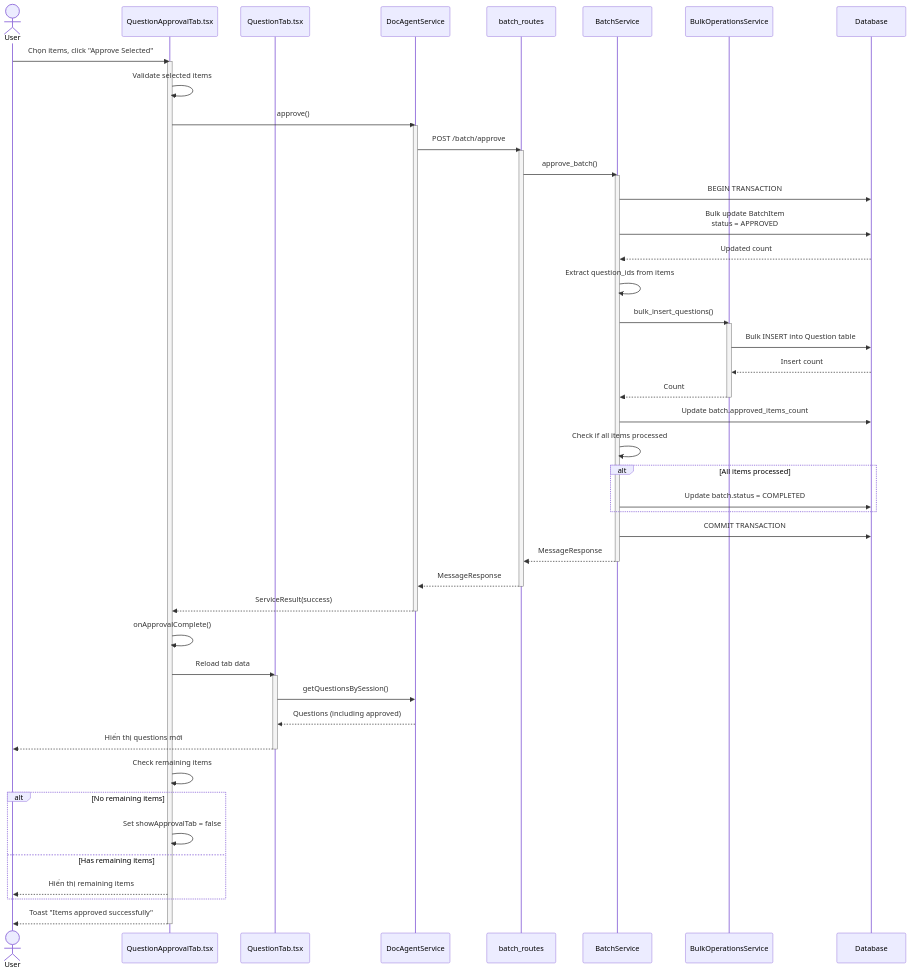
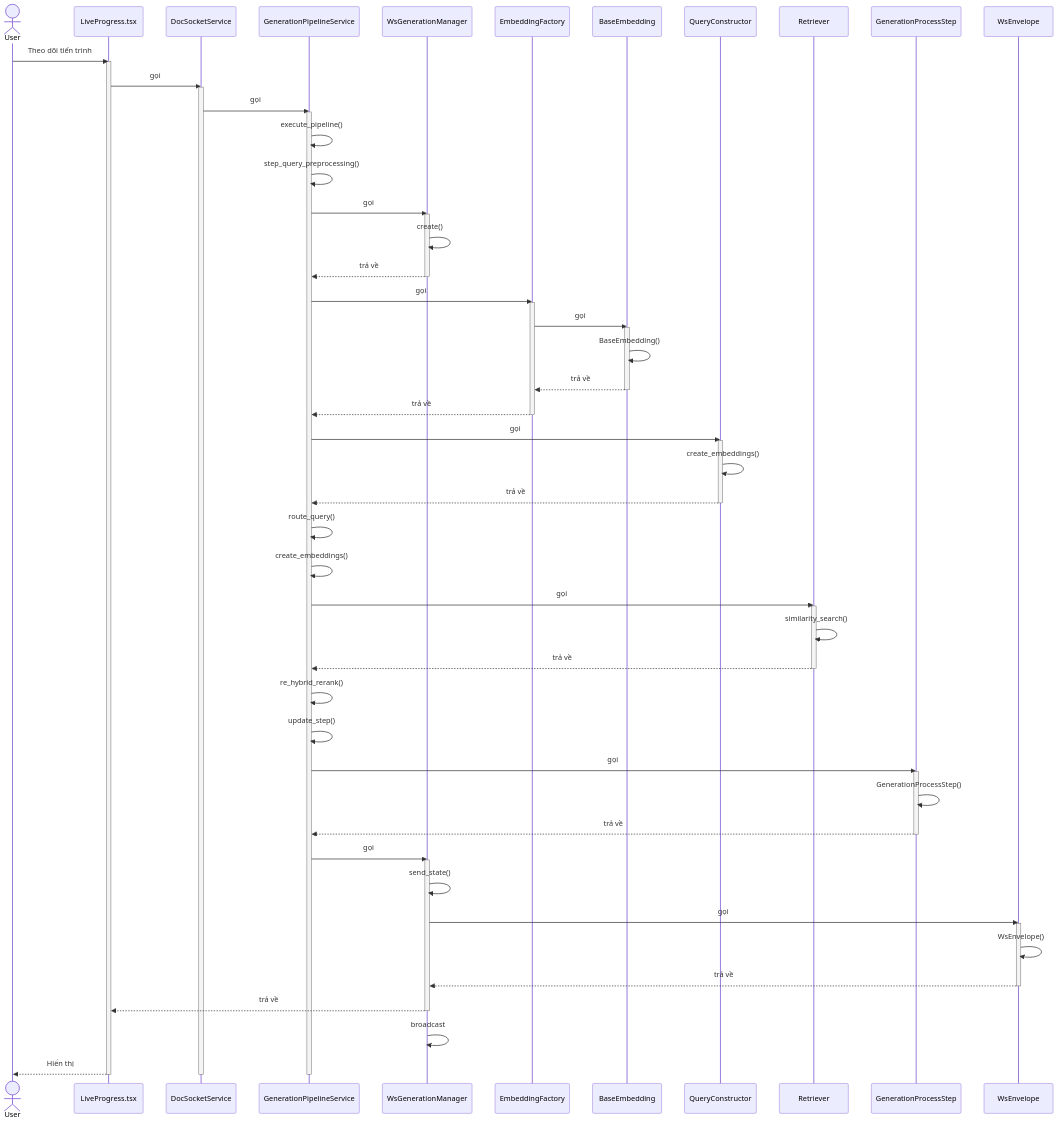
Before and after one commit to mduc-2610/gp_doc: the eighth of 10 diagrams in generation/4_generation_batch_seq.md, drawn with Mermaid. The commit also changed other lines of this file and 34 other files, not shown here.

````diff
--- a/generation/4_generation_batch_seq.md
+++ b/generation/4_generation_batch_seq.md
@@ -833,74 +537,90 @@
 ```mermaid
 sequenceDiagram
     actor User
-    participant QuestionApprovalTab as QuestionApprovalTab.tsx
-    participant QuestionTab as QuestionTab.tsx
-    participant DocAgentService as DocAgentService
-    participant BatchRoutes as batch_routes
-    participant BatchService as BatchService
-    participant BulkOpsService as BulkOperationsService
-    participant DB as Database
+    participant LiveProgress as LiveProgress.tsx
+    participant DocSocketService as DocSocketService
+    participant GenerationPipelineService as GenerationPipelineService
+    participant WsGenerationManager as WsGenerationManager
+    participant EmbeddingFactory as EmbeddingFactory
+    participant BaseEmbedding as BaseEmbedding
+    participant QueryConstructor as QueryConstructor
+    participant Retriever as Retriever
+    participant GenerationProcessStep as GenerationProcessStep
+    participant WsEnvelope as WsEnvelope
 
-    User->>QuestionApprovalTab: Chọn items, click "Approve Selected"
-    activate QuestionApprovalTab
+    User->>LiveProgress: Theo dõi tiến trình
+    activate LiveProgress
     
-    QuestionApprovalTab->>QuestionApprovalTab: Validate selected items
+    LiveProgress->>DocSocketService: gọi
+    activate DocSocketService
     
-    QuestionApprovalTab->>DocAgentService: approve()
-    activate DocAgentService
-    DocAgentService->>BatchRoutes: POST /batch/approve
-    activate BatchRoutes
+    DocSocketService->>GenerationPipelineService: gọi
+    activate GenerationPipelineService
     
-    BatchRoutes->>BatchService: approve_batch()
-    activate BatchService
-    BatchService->>DB: BEGIN TRANSACTION
+    GenerationPipelineService->>GenerationPipelineService: execute_pipeline()
+    GenerationPipelineService->>GenerationPipelineService: step_query_preprocessing()
+    GenerationPipelineService->>WsGenerationManager: gọi
+    activate WsGenerationManager
     
-    BatchService->>DB: Bulk update BatchItem<br/>status = APPROVED
-    DB-->>BatchService: Updated count
+    WsGenerationManager->>WsGenerationManager: create()
+    WsGenerationManager-->>GenerationPipelineService: trả về
+    deactivate WsGenerationManager
     
-    BatchService->>BatchService: Extract question_ids from items
+    GenerationPipelineService->>EmbeddingFactory: gọi
+    activate EmbeddingFactory
     
-    BatchService->>BulkOpsService: bulk_insert_questions()
-    activate BulkOpsService
-    BulkOpsService->>DB: Bulk INSERT into Question table
-    DB-->>BulkOpsService: Insert count
-    BulkOpsService-->>BatchService: Count
-    deactivate BulkOpsService
+    EmbeddingFactory->>BaseEmbedding: gọi
+    activate BaseEmbedding
     
-    BatchService->>DB: Update batch.approved_items_count
+    BaseEmbedding->>BaseEmbedding: BaseEmbedding()
+    BaseEmbedding-->>EmbeddingFactory: trả về
+    deactivate BaseEmbedding
     
-    BatchService->>BatchService: Check if all items processed
-    alt All items processed
-        BatchService->>DB: Update batch.status = COMPLETED
-    end
+    EmbeddingFactory-->>GenerationPipelineService: trả về
+    deactivate EmbeddingFactory
     
-    BatchService->>DB: COMMIT TRANSACTION
+    GenerationPipelineService->>QueryConstructor: gọi
+    activate QueryConstructor
     
-    BatchService-->>BatchRoutes: MessageResponse
-    deactivate BatchService
+    QueryConstructor->>QueryConstructor: create_embeddings()
+    QueryConstructor-->>GenerationPipelineService: trả về
+    deactivate QueryConstructor
     
-    BatchRoutes-->>DocAgentService: MessageResponse
-    deactivate BatchRoutes
-    DocAgentService-->>QuestionApprovalTab: ServiceResult(success)
-    deactivate DocAgentService
+    GenerationPipelineService->>GenerationPipelineService: route_query()
+    GenerationPipelineService->>GenerationPipelineService: create_embeddings()
+    GenerationPipelineService->>Retriever: gọi
+    activate Retriever
     
-    QuestionApprovalTab->>QuestionApprovalTab: onApprovalComplete()
+    Retriever->>Retriever: similarity_search()
+    Retriever-->>GenerationPipelineService: trả về
+    deactivate Retriever
     
-    QuestionApprovalTab->>QuestionTab: Reload tab data
-    activate QuestionTab
-    QuestionTab->>DocAgentService: getQuestionsBySession()
-    DocAgentService-->>QuestionTab: Questions (including approved)
-    QuestionTab-->>User: Hiển thị questions mới
-    deactivate QuestionTab
+    GenerationPipelineService->>GenerationPipelineService: re_hybrid_rerank()
+    GenerationPipelineService->>GenerationPipelineService: update_step()
+    GenerationPipelineService->>GenerationProcessStep: gọi
+    activate GenerationProcessStep
     
-    QuestionApprovalTab->>QuestionApprovalTab: Check remaining items
+    GenerationProcessStep->>GenerationProcessStep: GenerationProcessStep()
+    GenerationProcessStep-->>GenerationPipelineService: trả về
+    deactivate GenerationProcessStep
     
-    alt No remaining items
-        QuestionApprovalTab->>QuestionApprovalTab: Set showApprovalTab = false
-    else Has remaining items
-        QuestionApprovalTab-->>User: Hiển thị remaining items
-    end
+    GenerationPipelineService->>WsGenerationManager: gọi
+    activate WsGenerationManager
     
-    QuestionApprovalTab-->>User: Toast "Items approved successfully"
-    deactivate QuestionApprovalTab
+    WsGenerationManager->>WsGenerationManager: send_state()
+    WsGenerationManager->>WsEnvelope: gọi
+    activate WsEnvelope
+    
+    WsEnvelope->>WsEnvelope: WsEnvelope()
+    WsEnvelope-->>WsGenerationManager: trả về
+    deactivate WsEnvelope
+    
+    WsGenerationManager-->>LiveProgress: trả về
+    deactivate WsGenerationManager
+    
+    WsGenerationManager->>WsGenerationManager: broadcast
+    LiveProgress-->>User: Hiển thị
+    deactivate GenerationPipelineService
+    deactivate DocSocketService
+    deactivate LiveProgress
 ```
````
